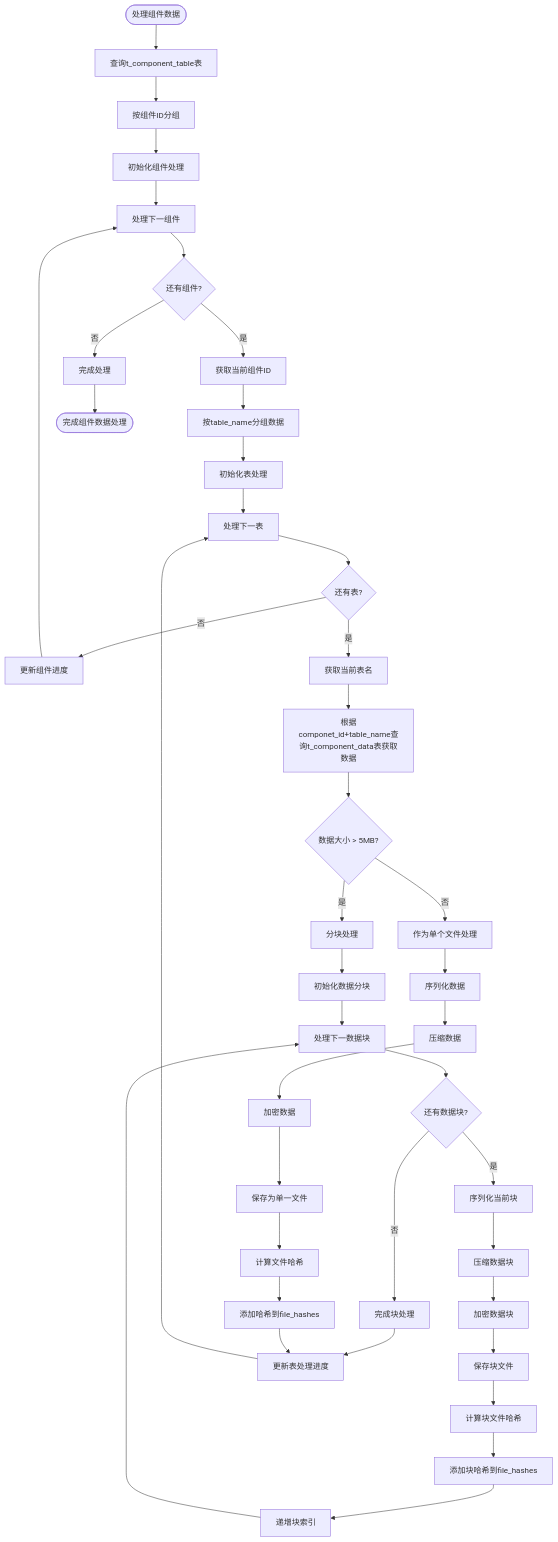
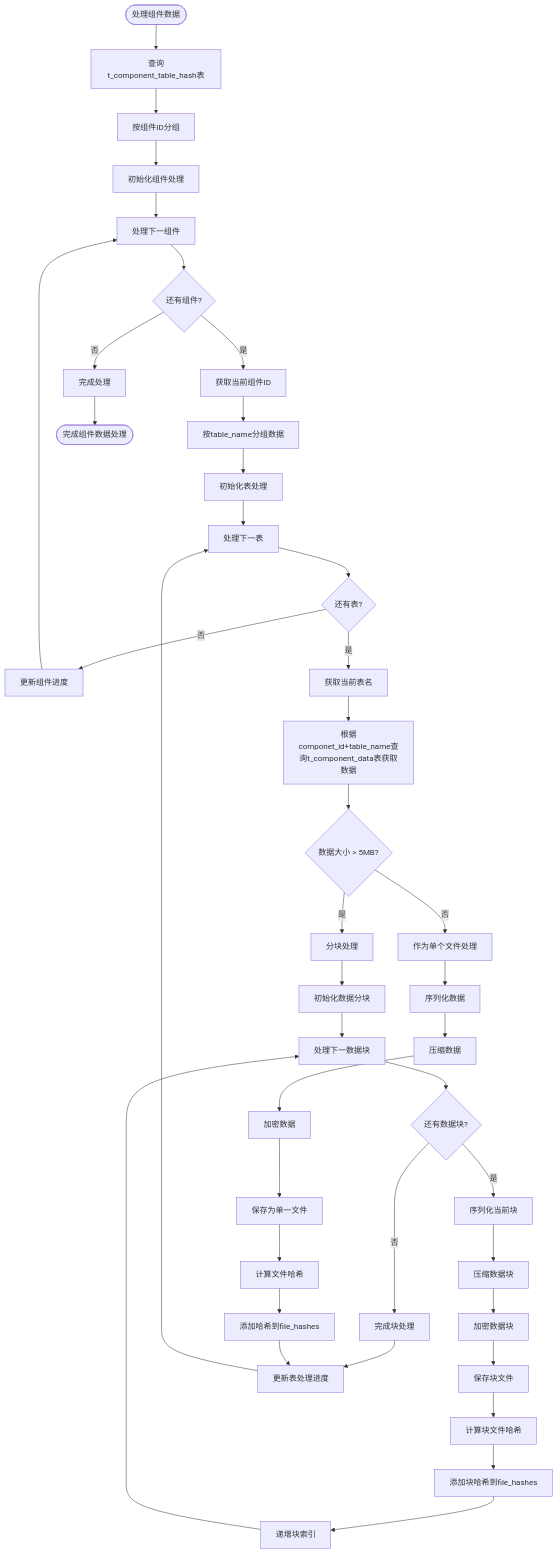
The diagram in all/未命名-56.md (yingjianzh/iodraw-files), drawn with Mermaid before and after one commit.

Commit message:
2025-05-12 14:25:50 update

````diff
--- a/all/未命名-56.md
+++ b/all/未命名-56.md
@@ -1,57 +1,58 @@
 ```mermaid
 
 flowchart TD
-    Start([处理组件数据]) --> QueryDB[查询t_component_table表]
+    Start([处理组件数据]) --> QueryDB[查询t_component_table_hash表]
     QueryDB --> GroupByComp[按组件ID分组]
     GroupByComp --> InitCompProcess[初始化组件处理]
     
     InitCompProcess --> ProcessNextComp[处理下一组件]
     ProcessNextComp --> MoreComps{还有组件?}
     MoreComps -->|否| CompleteProcess[完成处理]
     MoreComps -->|是| GetCompID[获取当前组件ID]
     
     GetCompID --> GroupByTable[按table_name分组数据]
     GroupByTable --> InitTableProcess[初始化表处理]
     
     InitTableProcess --> ProcessNextTable[处理下一表]
     ProcessNextTable --> MoreTables{还有表?}
     MoreTables -->|否| UpdateCompProgress[更新组件进度]
     MoreTables -->|是| GetTableName[获取当前表名]
     
     UpdateCompProgress --> ProcessNextComp
     
-    GetTableName --> QueryTableData[根据componet_id+table_name查询t_component_data表获取数据]
+    GetTableName --> 
+    QueryTableData[根据componet_id+table_name查询t_component_data表获取数据]
     QueryTableData --> DataSize{数据大小 > 5MB?}
     
     DataSize -->|否| ProcessSingleFile[作为单个文件处理]
     DataSize -->|是| ProcessMultipleChunks[分块处理]
     
     ProcessSingleFile --> SerializeData[序列化数据]
     SerializeData --> CompressData[压缩数据]
     CompressData --> EncryptData[加密数据]
     EncryptData --> SaveSingleFile[保存为单一文件]
     SaveSingleFile --> CalcFileHash[计算文件哈希]
     CalcFileHash --> AddToFileHashes[添加哈希到file_hashes]
 
     ProcessMultipleChunks --> InitChunks[初始化数据分块]
     InitChunks --> ProcessNextChunk[处理下一数据块]
     
     ProcessNextChunk --> MoreChunks{还有数据块?}
     MoreChunks -->|否| CompleteChunks[完成块处理]
     MoreChunks -->|是| SerializeChunk[序列化当前块]
     
     SerializeChunk --> CompressChunk[压缩数据块]
     CompressChunk --> EncryptChunk[加密数据块]
     EncryptChunk --> SaveChunkFile[保存块文件]
     SaveChunkFile --> CalcChunkHash[计算块文件哈希]
     CalcChunkHash --> AddChunkHash[添加块哈希到file_hashes]
     AddChunkHash --> IncrementChunkIndex[递增块索引]
     IncrementChunkIndex --> ProcessNextChunk
     
     CompleteChunks --> UpdateTableProgress[更新表处理进度]
     AddToFileHashes --> UpdateTableProgress
     UpdateTableProgress --> ProcessNextTable
     
     CompleteProcess --> End([完成组件数据处理])
 
 ```
````
